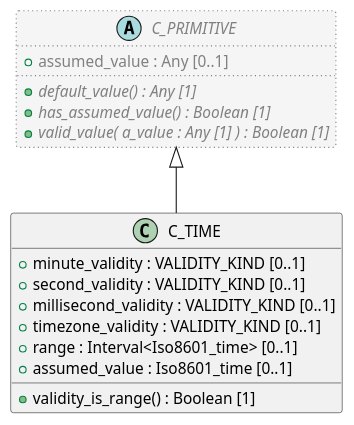
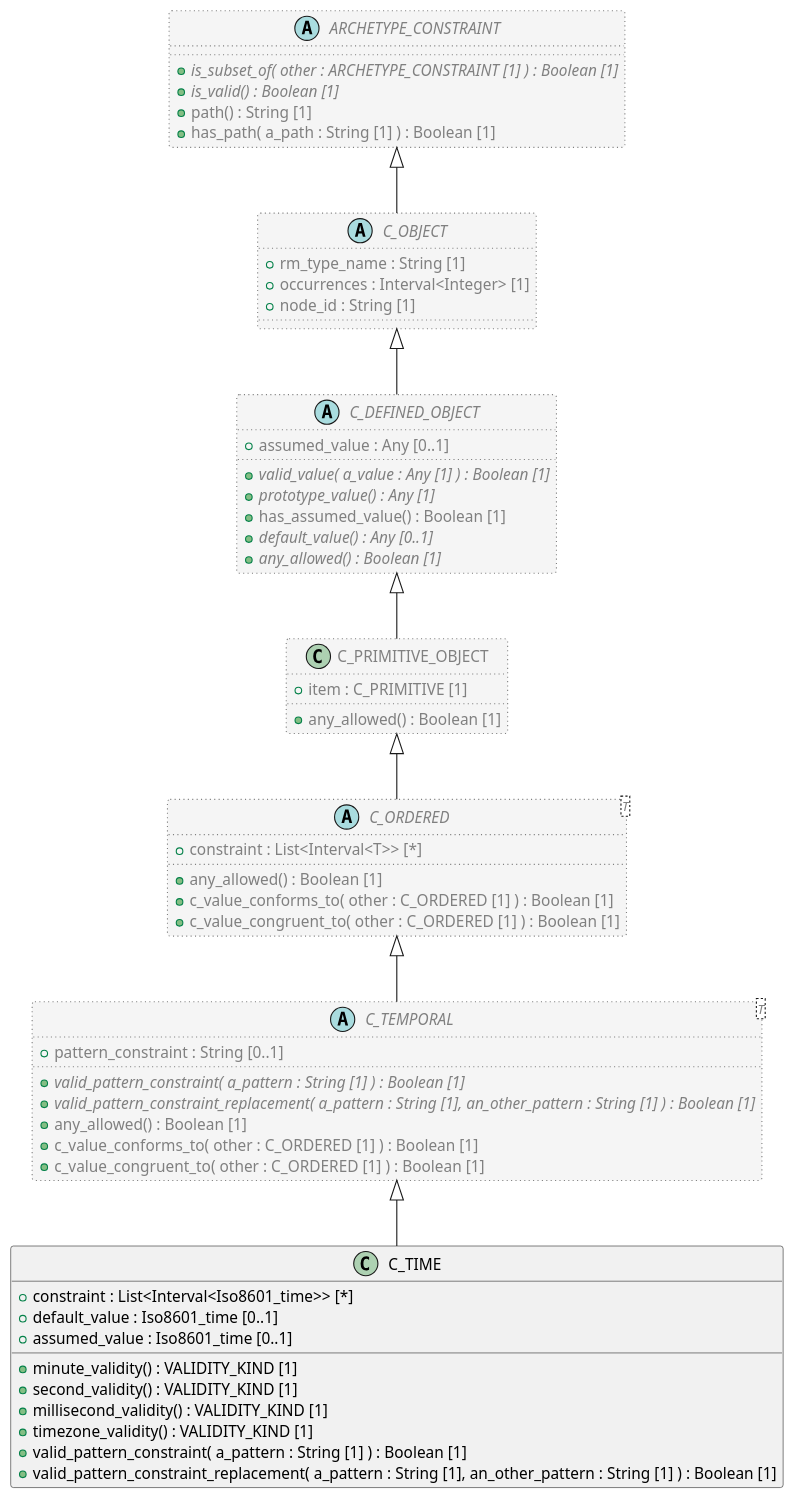
One commit to sebastian-iancu/code-generator changed the diagram in code/PlantUML/openehr_am_2.3.0/org/openehr/am/aom2/constraint_model/primitive/C_TIME.puml. Above: the diagram before and after it, drawn with PlantUML. The commit also changed 140 other files, not shown here.

Commit message:
regenerate plantUML variant

```diff
--- a/code/PlantUML/openehr_am_2.3.0/org/openehr/am/aom2/constraint_model/primitive/C_TIME.puml
+++ b/code/PlantUML/openehr_am_2.3.0/org/openehr/am/aom2/constraint_model/primitive/C_TIME.puml
@@ -1,23 +1,71 @@
 @startuml
 
 class C_TIME {
-  + minute_validity : VALIDITY_KIND [0..1]
-  + second_validity : VALIDITY_KIND [0..1]
-  + millisecond_validity : VALIDITY_KIND [0..1]
-  + timezone_validity : VALIDITY_KIND [0..1]
-  + range : Interval<Iso8601_time> [0..1]
+  + constraint : List<Interval<Iso8601_time>> [*]
+  + default_value : Iso8601_time [0..1]
   + assumed_value : Iso8601_time [0..1]
-  + validity_is_range() : Boolean [1]
+  + minute_validity() : VALIDITY_KIND [1]
+  + second_validity() : VALIDITY_KIND [1]
+  + millisecond_validity() : VALIDITY_KIND [1]
+  + timezone_validity() : VALIDITY_KIND [1]
+  + valid_pattern_constraint( a_pattern : String [1] ) : Boolean [1]
+  + valid_pattern_constraint_replacement( a_pattern : String [1], an_other_pattern : String [1] ) : Boolean [1]
 }
 
-abstract class C_PRIMITIVE  #whitesmoke;line:gray;line.dotted;text:gray {
-  + assumed_value : Any [0..1]
-  + {abstract} default_value() : Any [1]
-  + {abstract} has_assumed_value() : Boolean [1]
-  + {abstract} valid_value( a_value : Any [1] ) : Boolean [1]
+abstract class C_TEMPORAL <T>  #whitesmoke;line:gray;line.dotted;text:gray {
+  + pattern_constraint : String [0..1]
+  + {abstract} valid_pattern_constraint( a_pattern : String [1] ) : Boolean [1]
+  + {abstract} valid_pattern_constraint_replacement( a_pattern : String [1], an_other_pattern : String [1] ) : Boolean [1]
+  + any_allowed() : Boolean [1]
+  + c_value_conforms_to( other : C_ORDERED [1] ) : Boolean [1]
+  + c_value_congruent_to( other : C_ORDERED [1] ) : Boolean [1]
 }
 
-C_PRIMITIVE <|-- C_TIME
+abstract class C_ORDERED <T>  #whitesmoke;line:gray;line.dotted;text:gray {
+  + constraint : List<Interval<T>> [*]
+  + any_allowed() : Boolean [1]
+  + c_value_conforms_to( other : C_ORDERED [1] ) : Boolean [1]
+  + c_value_congruent_to( other : C_ORDERED [1] ) : Boolean [1]
+}
+
+class C_PRIMITIVE_OBJECT  #whitesmoke;line:gray;line.dotted;text:gray {
+  + item : C_PRIMITIVE [1]
+  + any_allowed() : Boolean [1]
+}
+
+abstract class C_DEFINED_OBJECT  #whitesmoke;line:gray;line.dotted;text:gray {
+  + assumed_value : Any [0..1]
+  + {abstract} valid_value( a_value : Any [1] ) : Boolean [1]
+  + {abstract} prototype_value() : Any [1]
+  + has_assumed_value() : Boolean [1]
+  + {abstract} default_value() : Any [0..1]
+  + {abstract} any_allowed() : Boolean [1]
+}
+
+abstract class C_OBJECT  #whitesmoke;line:gray;line.dotted;text:gray {
+  + rm_type_name : String [1]
+  + occurrences : Interval<Integer> [1]
+  + node_id : String [1]
+}
+
+abstract class ARCHETYPE_CONSTRAINT  #whitesmoke;line:gray;line.dotted;text:gray {
+  + {abstract} is_subset_of( other : ARCHETYPE_CONSTRAINT [1] ) : Boolean [1]
+  + {abstract} is_valid() : Boolean [1]
+  + path() : String [1]
+  + has_path( a_path : String [1] ) : Boolean [1]
+}
+
+ARCHETYPE_CONSTRAINT <|-- C_OBJECT
+
+C_OBJECT <|-- C_DEFINED_OBJECT
+
+C_DEFINED_OBJECT <|-- C_PRIMITIVE_OBJECT
+
+C_PRIMITIVE_OBJECT <|-- C_ORDERED
+
+C_ORDERED <|-- C_TEMPORAL
+
+C_TEMPORAL <|-- C_TIME
 
 
 @enduml
```
